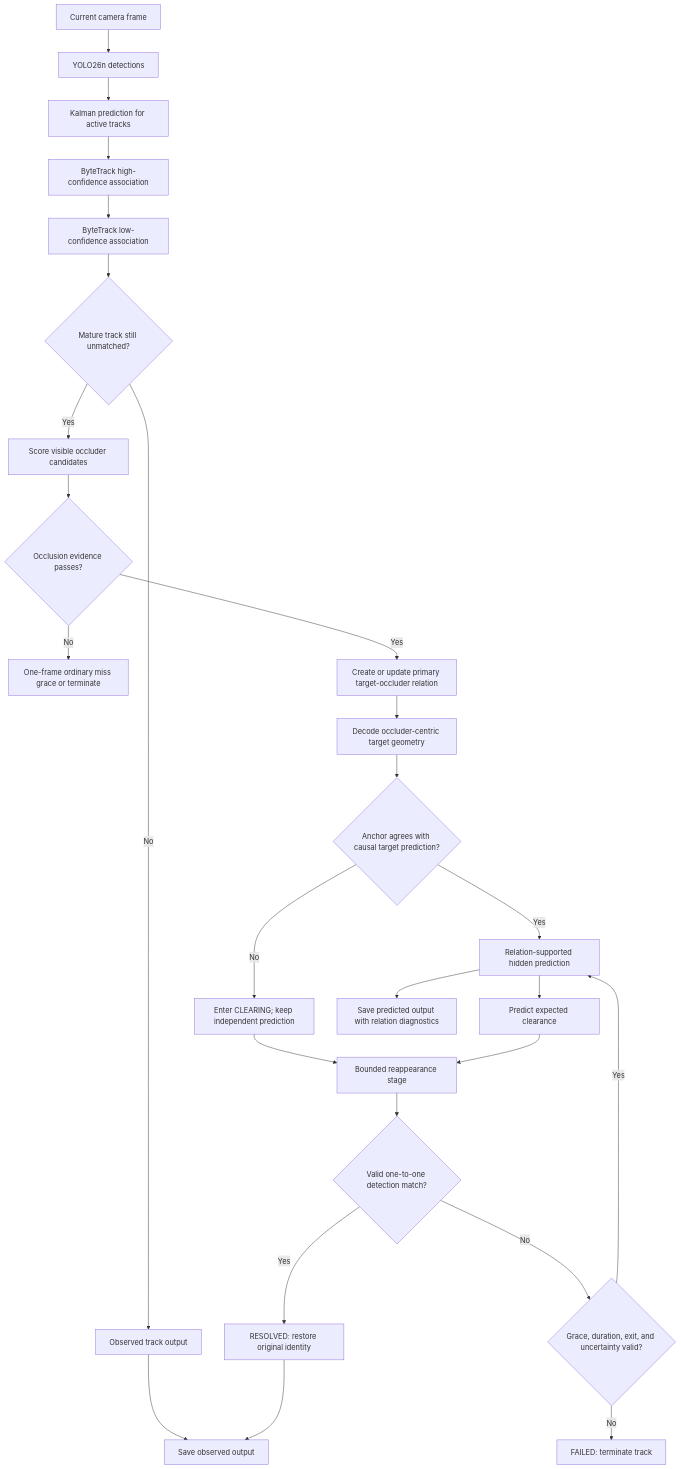
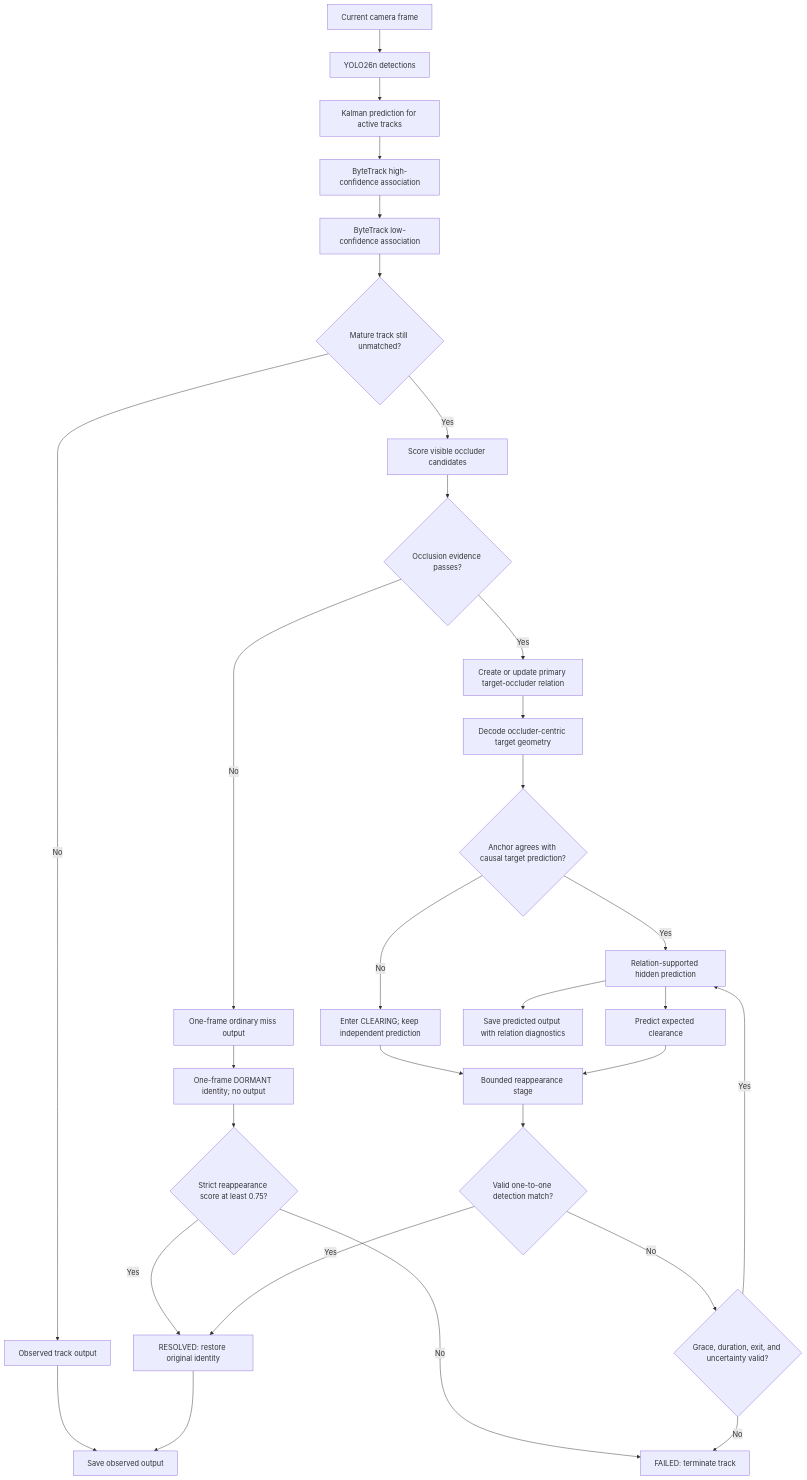
One commit to basfarnoor/yolo-occlusion-assignment changed the first of 2 diagrams in OATM_RELATIONAL/REPORT_PRESENTATION_GUIDE.md. Above: the diagram before and after it, drawn with Mermaid. The commit also changed other lines of this file and 26 other files, not shown here.

````diff
--- a/OATM_RELATIONAL/REPORT_PRESENTATION_GUIDE.md
+++ b/OATM_RELATIONAL/REPORT_PRESENTATION_GUIDE.md
@@ -231,28 +277,32 @@
 ```mermaid
 flowchart TD
     A[Current camera frame] --> B[YOLO26n detections]
     B --> C[Kalman prediction for active tracks]
     C --> D[ByteTrack high-confidence association]
     D --> E[ByteTrack low-confidence association]
     E --> F{Mature track still unmatched?}
     F -- No --> G[Observed track output]
     F -- Yes --> H[Score visible occluder candidates]
     H --> I{Occlusion evidence passes?}
-    I -- No --> J[One-frame ordinary miss grace or terminate]
+    I -- No --> J[One-frame ordinary miss output]
+    J --> X[One-frame DORMANT identity; no output]
+    X --> Y{Strict reappearance score at least 0.75?}
+    Y -- Yes --> S
+    Y -- No --> U
     I -- Yes --> K[Create or update primary target-occluder relation]
     K --> L[Decode occluder-centric target geometry]
     L --> M{Anchor agrees with causal target prediction?}
     M -- Yes --> N[Relation-supported hidden prediction]
     M -- No --> O[Enter CLEARING; keep independent prediction]
     N --> P[Predict expected clearance]
     O --> Q[Bounded reappearance stage]
     P --> Q
     Q --> R{Valid one-to-one detection match?}
     R -- Yes --> S[RESOLVED: restore original identity]
     R -- No --> T{Grace, duration, exit, and uncertainty valid?}
     T -- Yes --> N
     T -- No --> U[FAILED: terminate track]
     G --> V[Save observed output]
     S --> V
     N --> W[Save predicted output with relation diagnostics]
 ```
````
